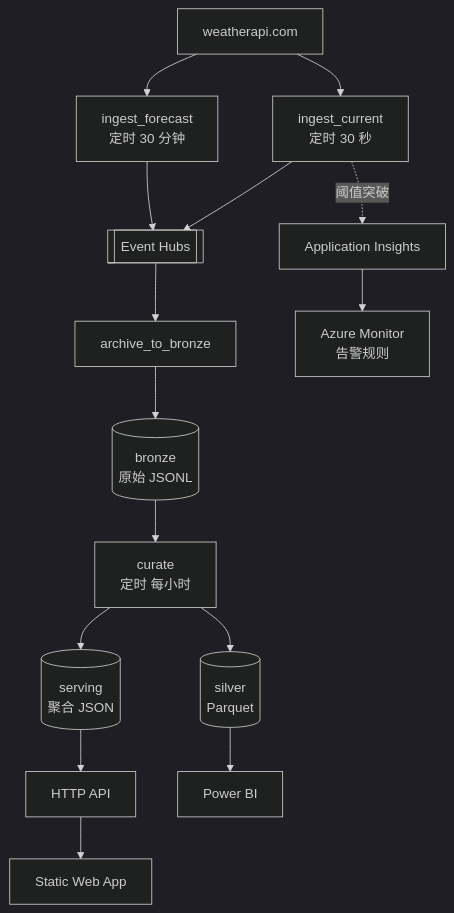
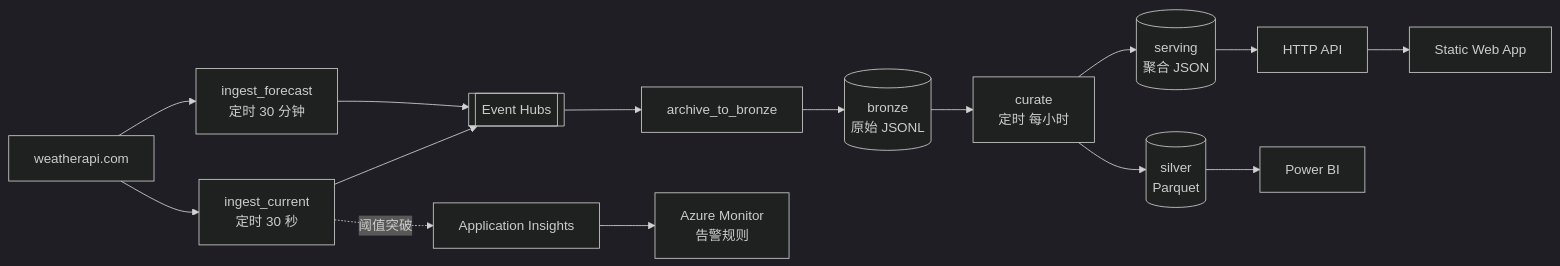
Before and after one commit to Shomao1998/weather-streaming-app: the diagram in README.zh-CN.md, drawn with Mermaid (dark theme). The commit also changed 1 other file, not shown here.

Commit message:
docs: lay the diagram out horizontally again, keeping the short labels
Vertical flow made every label legible but GitHub renders mermaid inside a
fixed-height frame, so the lower two thirds of the diagram were clipped. The
width problem was the long labels rather than the direction: with those
shortened, a horizontal layout fits the container without scaling the text down.

````diff
--- a/README.zh-CN.md
+++ b/README.zh-CN.md
@@ -45,29 +45,29 @@
 ```mermaid
-flowchart TB
+flowchart LR
     API["weatherapi.com"]
     C["ingest_current<br>定时 30 秒"]
     F["ingest_forecast<br>定时 30 分钟"]
     EH[["Event Hubs"]]
     AR["archive_to_bronze"]
     B[("bronze<br>原始 JSONL")]
     CU["curate<br>定时 每小时"]
     S[("silver<br>Parquet")]
     SV[("serving<br>聚合 JSON")]
     HTTP["HTTP API"]
     DASH["Static Web App"]
     PBI["Power BI"]
     AI["Application Insights"]
     ALERT["Azure Monitor<br>告警规则"]
 
     API --> C & F
     C & F --> EH
     EH --> AR
     AR --> B
     B --> CU
     CU --> S & SV
     SV --> HTTP
     HTTP --> DASH
     S --> PBI
     C -. 阈值突破 .-> AI
     AI --> ALERT
 ```
````
